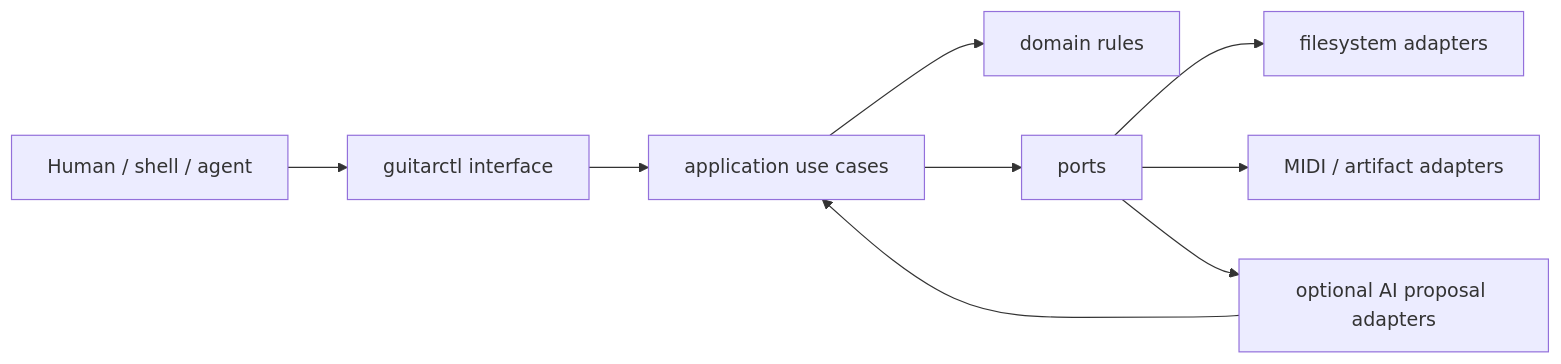
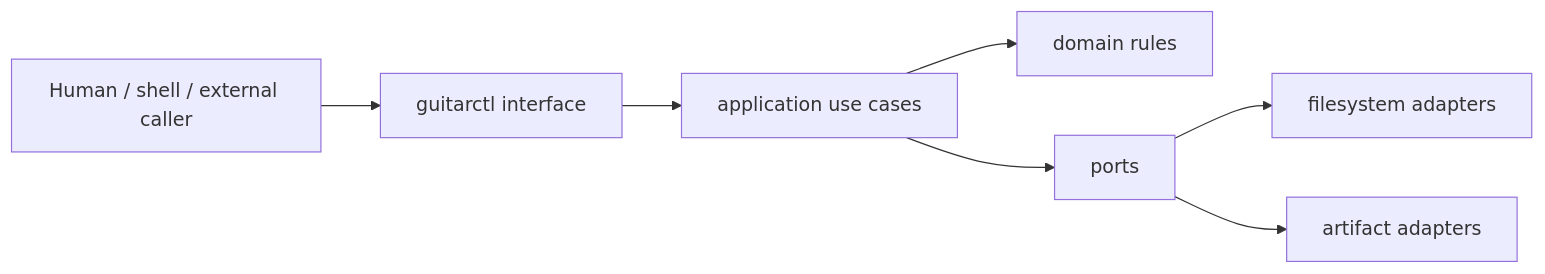
The diagram in docs/architecture/cli-architecture.md (ryjen/guitar-practice-system), drawn with Mermaid before and after one commit. The commit also changed other lines of this file, not shown here.

Commit message:
docs: align CLI architecture with public boundary

````diff
--- a/docs/architecture/cli-architecture.md
+++ b/docs/architecture/cli-architecture.md
@@ -7,11 +7,9 @@
 ```mermaid
 flowchart LR
-    U[Human / shell / agent] --> CLI[guitarctl interface]
+    U[Human / shell / external caller] --> CLI[guitarctl interface]
     CLI --> APP[application use cases]
     APP --> DOM[domain rules]
     APP --> PORTS[ports]
     PORTS --> FS[filesystem adapters]
-    PORTS --> MIDI[MIDI / artifact adapters]
-    PORTS --> AI[optional AI proposal adapters]
-    AI --> APP
+    PORTS --> ART[artifact adapters]
 ```
````
